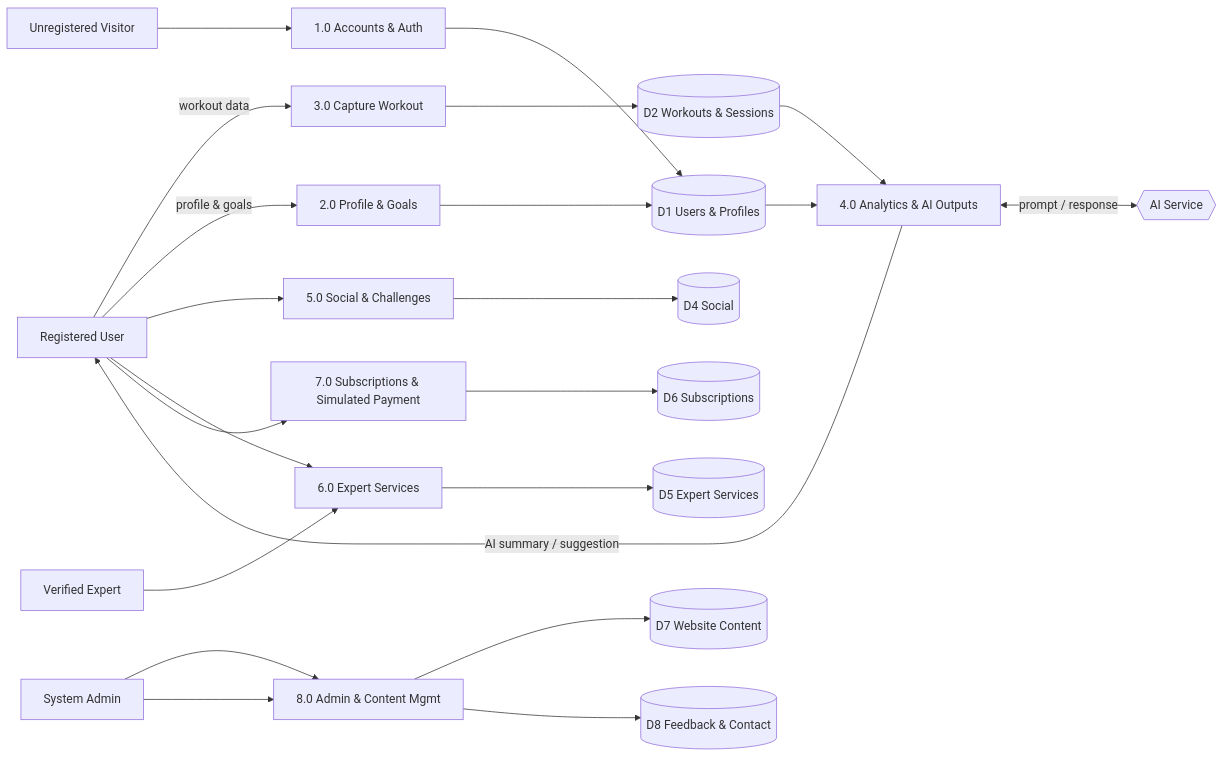
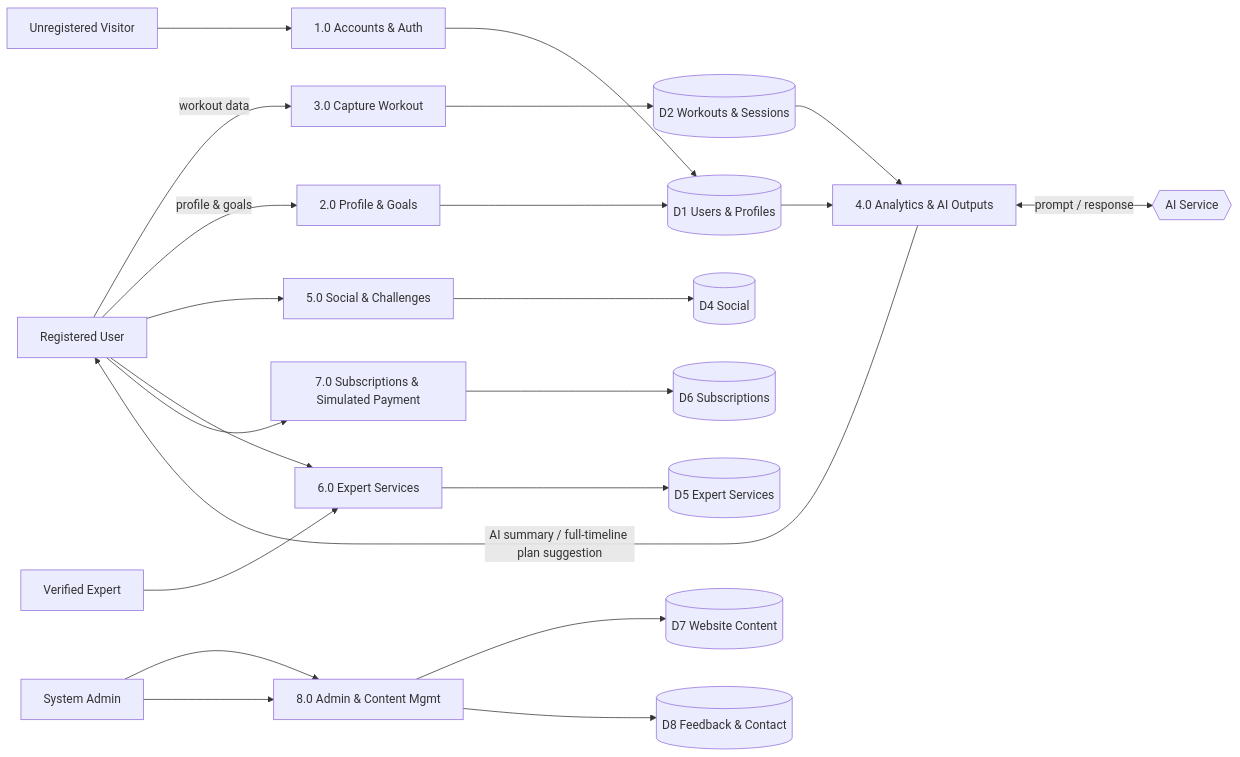
One commit to cyuanjun/FYP-26-S2-37-app changed the diagram in docs/deliverables/ptd-net-new-sections.md. Above: the diagram before and after it, drawn with Mermaid. The commit also changed other lines of this file and 127 other files, not shown here.

First line of the commit message:
docs: rewrite sequence diagrams to use real function names + PTD prep

````diff
--- a/docs/deliverables/ptd-net-new-sections.md
+++ b/docs/deliverables/ptd-net-new-sections.md
@@ -159,17 +159,17 @@
 ```mermaid
 flowchart LR
   U[Registered User] -->|workout data| P3[3.0 Capture Workout]
   P3 --> D2[(D2 Workouts & Sessions)]
   D2 --> P4[4.0 Analytics & AI Outputs]
   U -->|profile & goals| P2[2.0 Profile & Goals] --> D1[(D1 Users & Profiles)]
   D1 --> P4
-  P4 -->|AI summary / suggestion| U
+  P4 -->|AI summary / full-timeline plan suggestion| U
   P4 <-->|prompt / response| AI{{AI Service}}
   U --> P5[5.0 Social & Challenges] --> D4[(D4 Social)]
   U --> P6[6.0 Expert Services] --> D5[(D5 Expert Services)]
   E[Verified Expert] --> P6
   U --> P7[7.0 Subscriptions & Simulated Payment] --> D6[(D6 Subscriptions)]
   A[System Admin] --> P8[8.0 Admin & Content Mgmt] --> D7[(D7 Website Content)]
   A --> P8 --> D8[(D8 Feedback & Contact)]
   Visitor[Unregistered Visitor] --> P1[1.0 Accounts & Auth] --> D1
 ```
````
